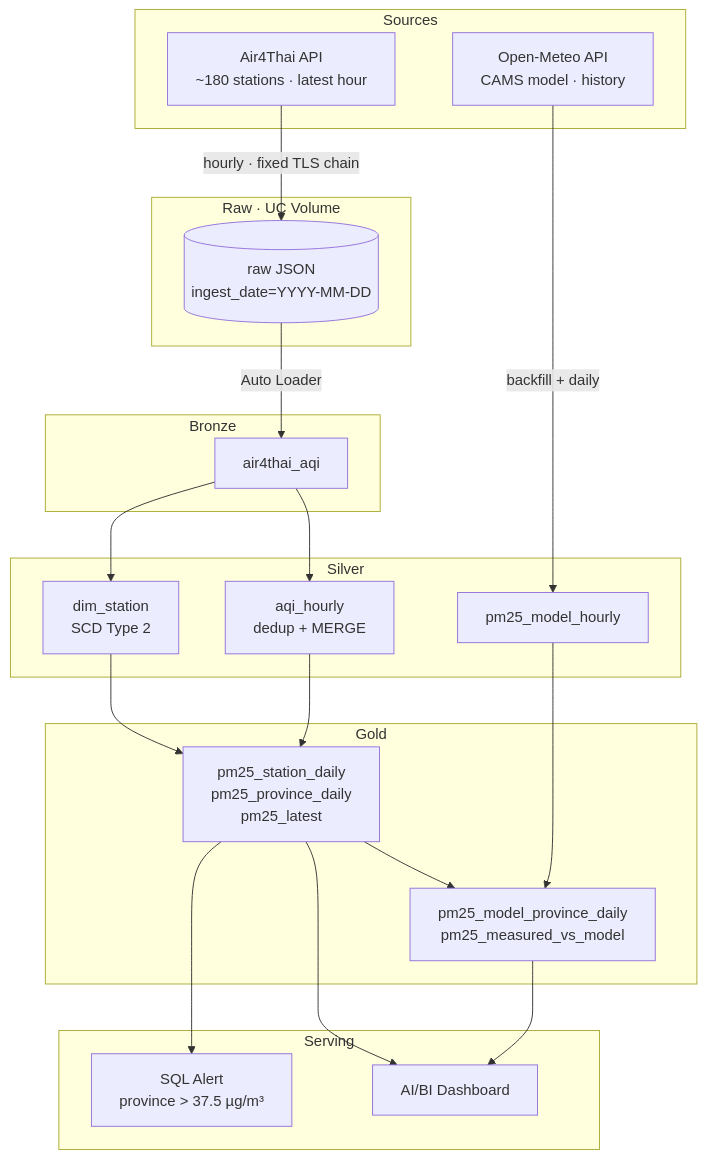
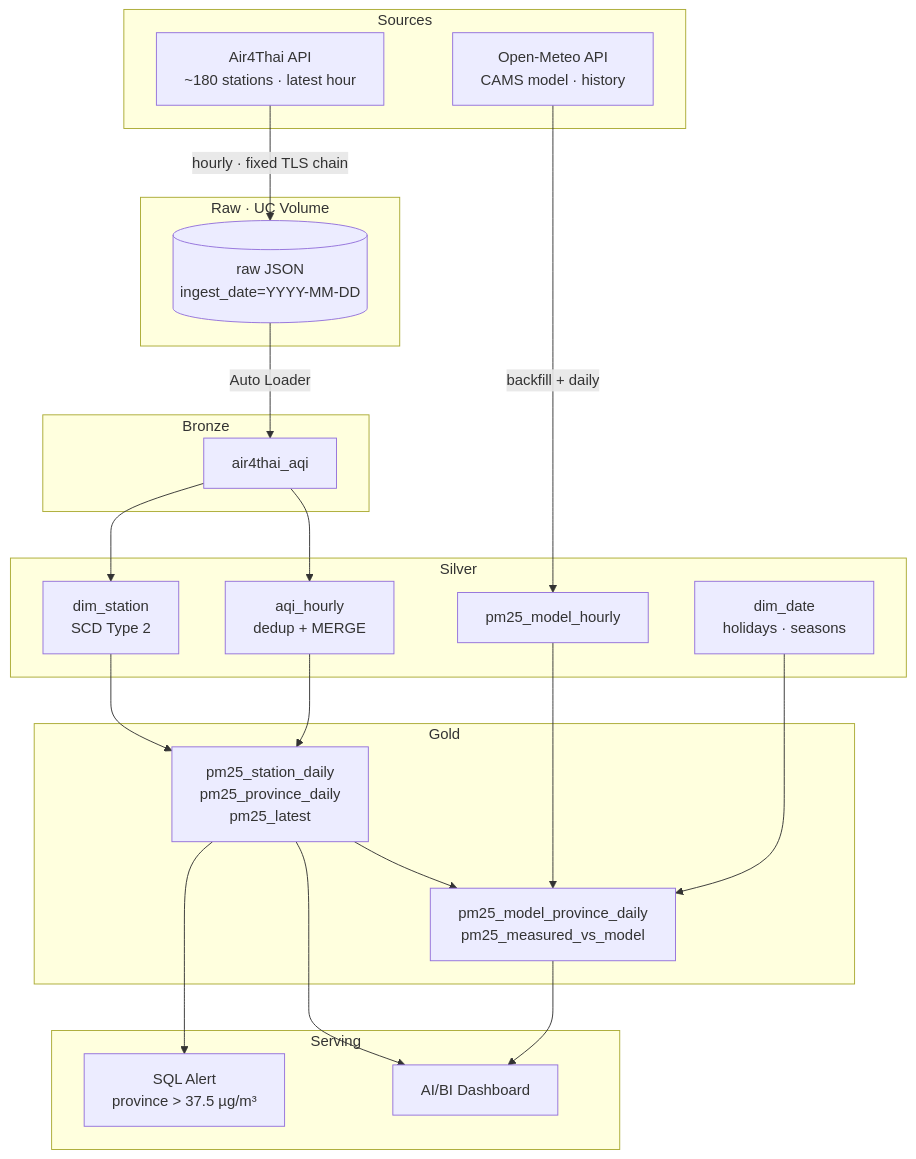
One commit to stampnapat/thai-air-quality-lakehouse changed the diagram in README.md. Above: the diagram before and after it, drawn with Mermaid. The commit also changed other lines of this file, not shown here.

Commit message:
README: dim_date, star schema and as-of joins

````diff
--- a/README.md
+++ b/README.md
@@ -19,38 +19,40 @@
 ```mermaid
 flowchart TB
     subgraph SRC[Sources]
         A[Air4Thai API<br/>~180 stations · latest hour]
         O[Open-Meteo API<br/>CAMS model · history]
     end
     subgraph RAW[Raw · UC Volume]
         B[(raw JSON<br/>ingest_date=YYYY-MM-DD)]
     end
     subgraph BRZ[Bronze]
         C[air4thai_aqi]
     end
     subgraph SLV[Silver]
         D[aqi_hourly<br/>dedup + MERGE]
         E[dim_station<br/>SCD Type 2]
         M[pm25_model_hourly]
+        DD[dim_date<br/>holidays · seasons]
     end
     subgraph GLD[Gold]
         F[pm25_station_daily<br/>pm25_province_daily<br/>pm25_latest]
         G[pm25_model_province_daily<br/>pm25_measured_vs_model]
     end
     subgraph SRV[Serving]
         H[AI/BI Dashboard]
         I[SQL Alert<br/>province &gt; 37.5 µg/m³]
     end
     A -->|hourly · fixed TLS chain| B
     B -->|Auto Loader| C
     C --> D
     C --> E
     O -->|backfill + daily| M
     D --> F
     E --> F
     M --> G
+    DD --> G
     F --> G
     F --> H
     G --> H
     F --> I
 ```
````
